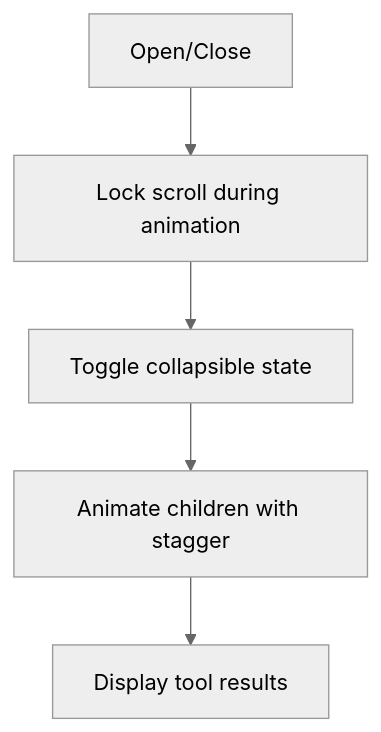
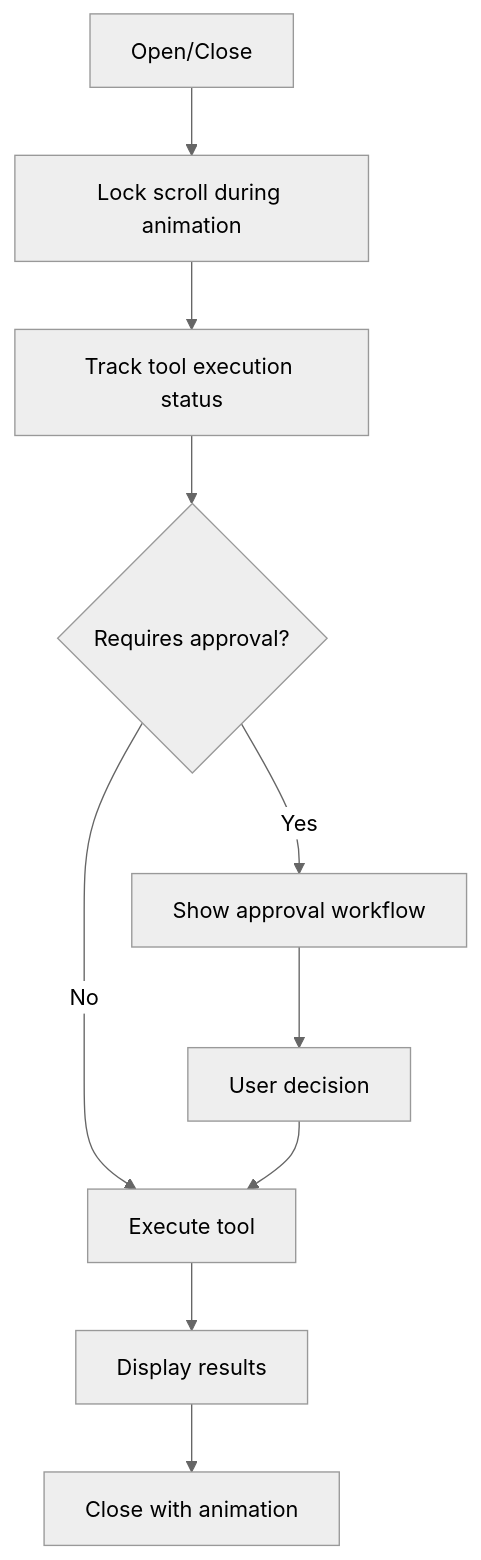
Before and after one commit to MudassarAbrar/FreshRoute-Ai: the seventh of 15 diagrams in .qoder/repowiki/en/content/AI Integration/Assistant UI Components.md, drawn with Mermaid (neutral theme). The commit also changed other lines of this file and 105 other files, not shown here.

````diff
--- a/.qoder/repowiki/en/content/AI Integration/Assistant UI Components.md
+++ b/.qoder/repowiki/en/content/AI Integration/Assistant UI Components.md
@@ -258,7 +298,12 @@
 ```mermaid
 flowchart TD
 Open["Open/Close"] --> Lock["Lock scroll during animation"]
-Lock --> Toggle["Toggle collapsible state"]
-Toggle --> Children["Animate children with stagger"]
-Children --> UI["Display tool results"]
+Lock --> Status["Track tool execution status"]
+Status --> Approval{"Requires approval?"}
+Approval --> |Yes| Workflow["Show approval workflow"]
+Approval --> |No| Execute["Execute tool"]
+Workflow --> Decision["User decision"]
+Decision --> Execute
+Execute --> Result["Display results"]
+Result --> Close["Close with animation"]
 ```
````
